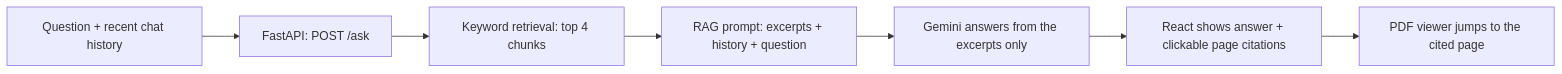
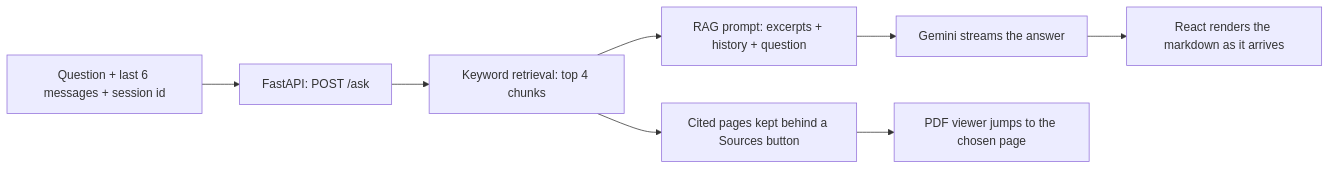
The second of 2 diagrams in README.md (Isla19/pdf-research-assistant), drawn with Mermaid before and after one commit. The commit also changed other lines of this file and 1 other file, not shown here.

````diff
--- a/README.md
+++ b/README.md
@@ -35,9 +40,10 @@
 ```mermaid
 flowchart LR
-    A["Question + recent chat history"] --> B["FastAPI: POST /ask"]
+    A["Question + last 6 messages + session id"] --> B["FastAPI: POST /ask"]
     B --> C["Keyword retrieval: top 4 chunks"]
     C --> D["RAG prompt: excerpts + history + question"]
-    D --> E["Gemini answers from the excerpts only"]
-    E --> F["React shows answer + clickable page citations"]
-    F --> G["PDF viewer jumps to the cited page"]
+    D --> E["Gemini streams the answer"]
+    E --> F["React renders the markdown as it arrives"]
+    C --> G["Cited pages kept behind a Sources button"]
+    G --> H["PDF viewer jumps to the chosen page"]
 ```
````
